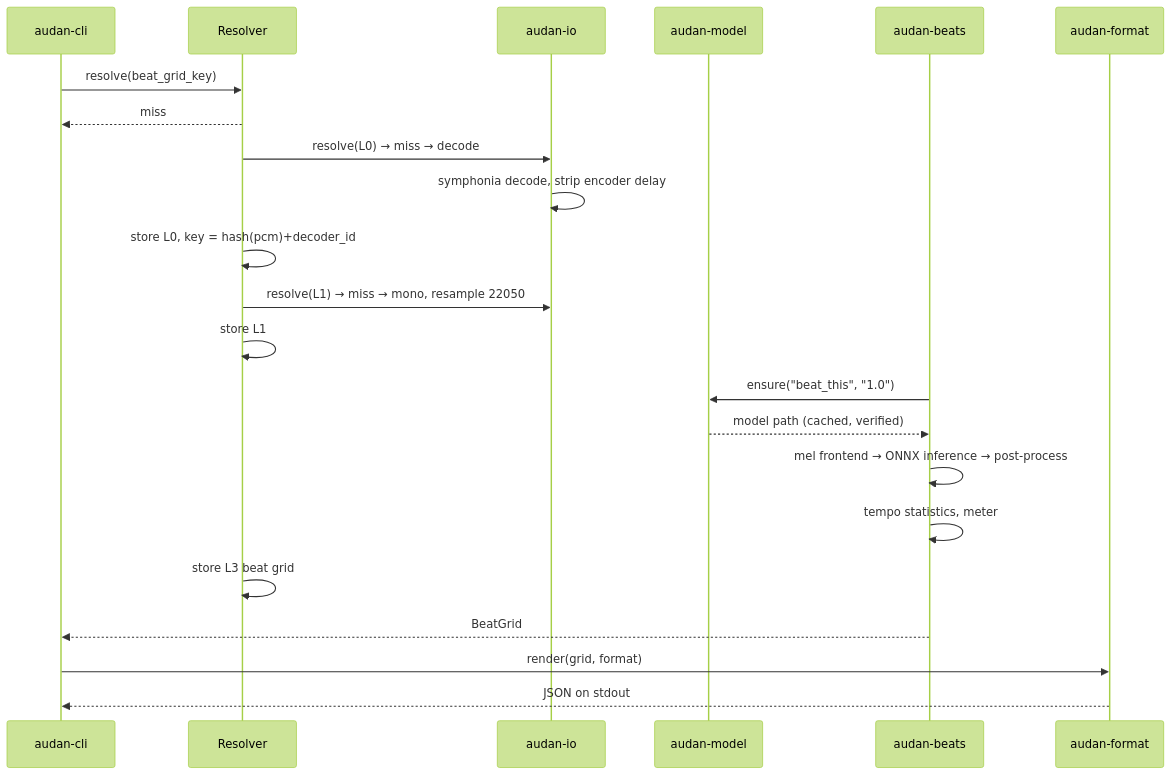
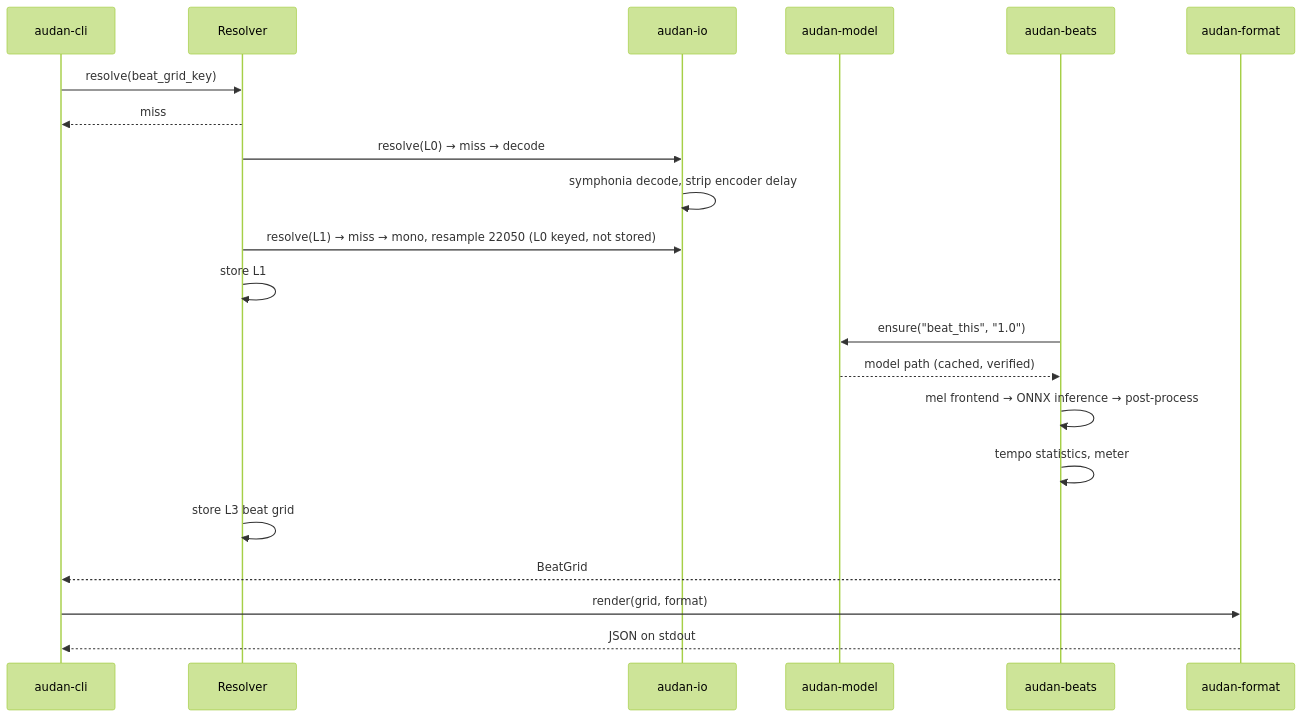
Before and after one commit to fruegger/mo-music: the first of 2 diagrams in audan/audan-architecture-arc42.md, drawn with Mermaid (forest theme). The commit also changed other lines of this file and 11 other files, not shown here.

````diff
--- a/audan/audan-architecture-arc42.md
+++ b/audan/audan-architecture-arc42.md
@@ -284,25 +286,24 @@
 ```mermaid
 sequenceDiagram
     participant CLI as audan-cli
     participant R as Resolver
     participant IO as audan-io
     participant M as audan-model
     participant B as audan-beats
     participant F as audan-format
 
     CLI->>R: resolve(beat_grid_key)
     R-->>CLI: miss
     R->>IO: resolve(L0) → miss → decode
     IO->>IO: symphonia decode, strip encoder delay
-    R->>R: store L0, key = hash(pcm)+decoder_id
-    R->>IO: resolve(L1) → miss → mono, resample 22050
+    R->>IO: resolve(L1) → miss → mono, resample 22050 (L0 keyed, not stored)
     R->>R: store L1
     B->>M: ensure("beat_this", "1.0")
     M-->>B: model path (cached, verified)
     B->>B: mel frontend → ONNX inference → post-process
     B->>B: tempo statistics, meter
     R->>R: store L3 beat grid
     B-->>CLI: BeatGrid
     CLI->>F: render(grid, format)
     F-->>CLI: JSON on stdout
 ```
````
